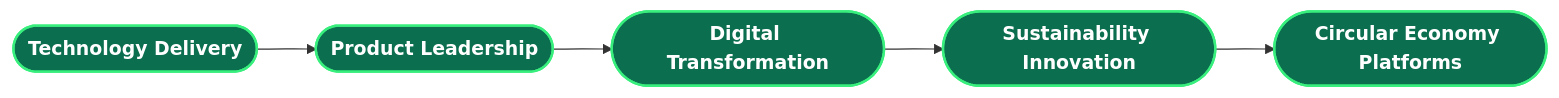
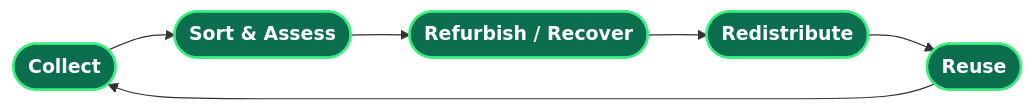
Before and after one commit to suri4uall2026/suri4uall2026: the second of 2 diagrams in README.md, drawn with Mermaid. The commit also changed other lines of this file, not shown here.

````diff
--- a/README.md
+++ b/README.md
@@ -234,5 +240,6 @@
 ```mermaid
-graph LR
-    A([Technology Delivery]):::step --> B([Product Leadership]):::step --> C([Digital Transformation]):::step --> D([Sustainability Innovation]):::step --> E([Circular Economy Platforms]):::step
-    classDef step fill:#0B6E4F,stroke:#38EF7D,stroke-width:2px,color:#ffffff,font-weight:bold,rx:8,ry:8;
+flowchart LR
+    A([Collect]) --> B([Sort & Assess]) --> C([Refurbish / Recover]) --> D([Redistribute]) --> E([Reuse]) --> A
+    classDef loop fill:#0B6E4F,stroke:#38EF7D,stroke-width:2px,color:#ffffff,font-weight:bold;
+    class A,B,C,D,E loop;
 ```
````
